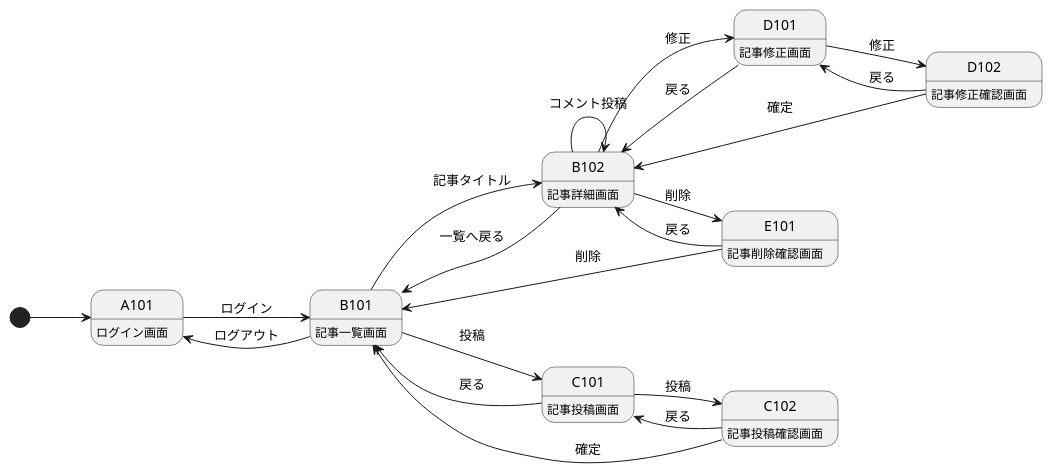
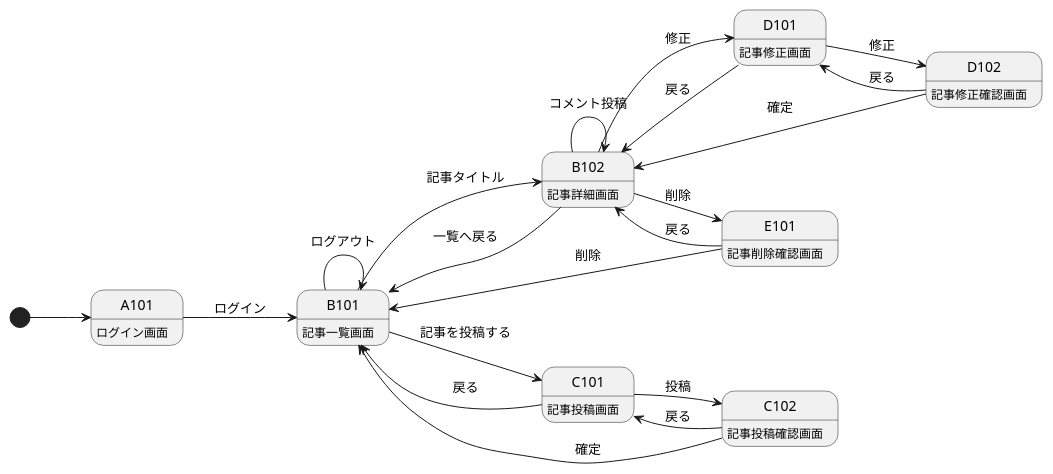
Before and after one commit to zunda-cafe/zunda-devstudy-doc: the first of 8 diagrams in source/ed/screen_design.rst, drawn with PlantUML. The commit also changed other lines of this file and 5 other files, not shown here.

```diff
--- a/source/ed/screen_design.rst
+++ b/source/ed/screen_design.rst
@@ -77,32 +77,32 @@
 .. uml::
 
   left to right direction
 
   A101 : ログイン画面
   B101 : 記事一覧画面
   B102 : 記事詳細画面
   C101 : 記事投稿画面
   C102 : 記事投稿確認画面
   D101 : 記事修正画面
   D102 : 記事修正確認画面
   E101 : 記事削除確認画面
 
   [*] --> A101
   A101 --> B101 : ログイン
   B101 --> B102 : 記事タイトル
-  B101 --> C101 : 投稿
+  B101 --> C101 : 記事を投稿する
   C101 --> C102 : 投稿
   C102 --> B101 : 確定
   B102 --> D101 : 修正
   D101 --> D102 : 修正
   D102 --> B102 : 確定
   B102 --> E101 : 削除
   E101 --> B101 : 削除
   B102 --> B102 : コメント投稿
   B102 --> B101 : 一覧へ戻る
   C101 --> B101 : 戻る
   C102 --> C101 : 戻る
   D101 --> B102 : 戻る
   D102 --> D101 : 戻る
   E101 --> B102 : 戻る
-  B101 --> A101 : ログアウト
+  B101 --> B101 : ログアウト
```
